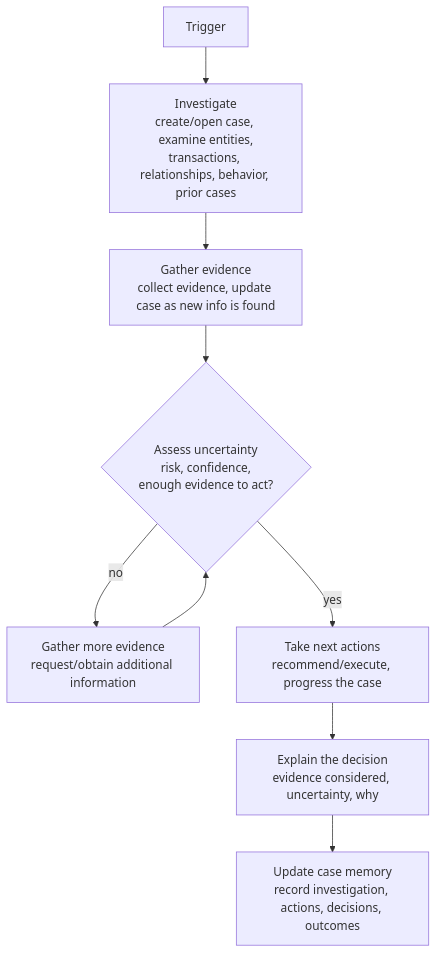
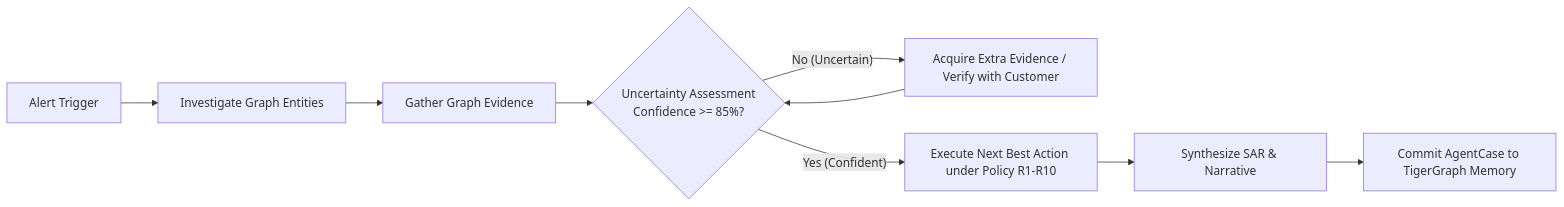
One commit to vinay3254/HackerHouse-Hack changed the second of 3 diagrams in README.md. Above: the diagram before and after it, drawn with Mermaid. The commit also changed other lines of this file and 5 other files, not shown here.

Commit message:
docs: comprehensive README with workflows, architecture, screenshots and authors

````diff
--- a/README.md
+++ b/README.md
@@ -40,11 +85,11 @@
 ```mermaid
-flowchart TD
-  T[Trigger] --> INV[Investigate\ncreate/open case, examine entities,\ntransactions, relationships, behavior, prior cases]
-  INV --> EV[Gather evidence\ncollect evidence, update case as new info is found]
-  EV --> UNC{Assess uncertainty\nrisk, confidence,\nenough evidence to act?}
-  UNC -- no --> MORE[Gather more evidence\nrequest/obtain additional information]
-  MORE --> UNC
-  UNC -- yes --> ACT[Take next actions\nrecommend/execute, progress the case]
-  ACT --> EXP[Explain the decision\nevidence considered, uncertainty, why]
-  EXP --> MEM[Update case memory\nrecord investigation, actions, decisions, outcomes]
+flowchart LR
+    T[Alert Trigger] --> INV[Investigate Graph Entities]
+    INV --> EV[Gather Graph Evidence]
+    EV --> UNC{Uncertainty Assessment\nConfidence >= 85%?}
+    UNC -- "No (Uncertain)" --> MORE[Acquire Extra Evidence / Verify with Customer]
+    MORE --> UNC
+    UNC -- "Yes (Confident)" --> ACT[Execute Next Best Action under Policy R1-R10]
+    ACT --> EXP[Synthesize SAR & Narrative]
+    EXP --> MEM[Commit AgentCase to TigerGraph Memory]
 ```
````
